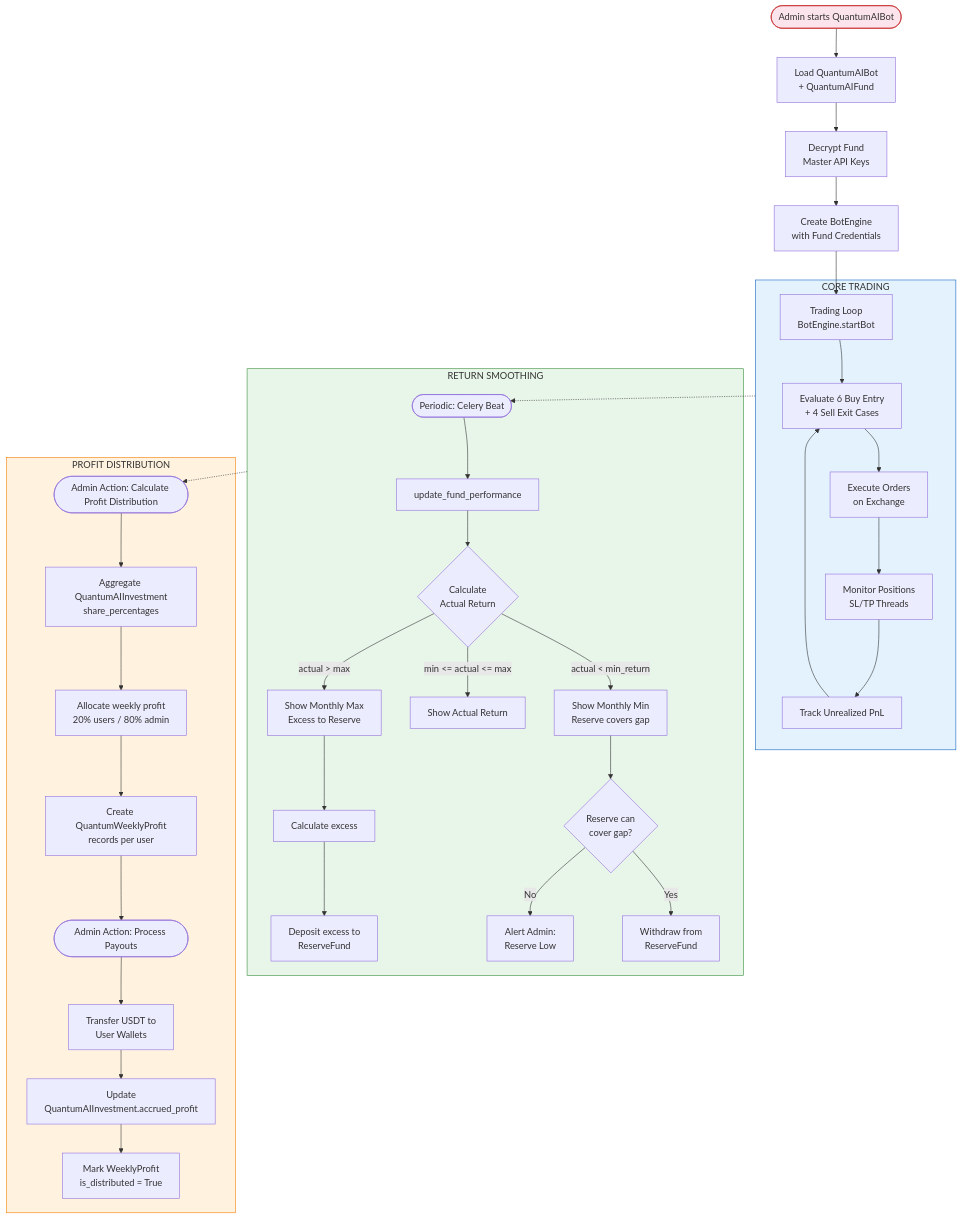
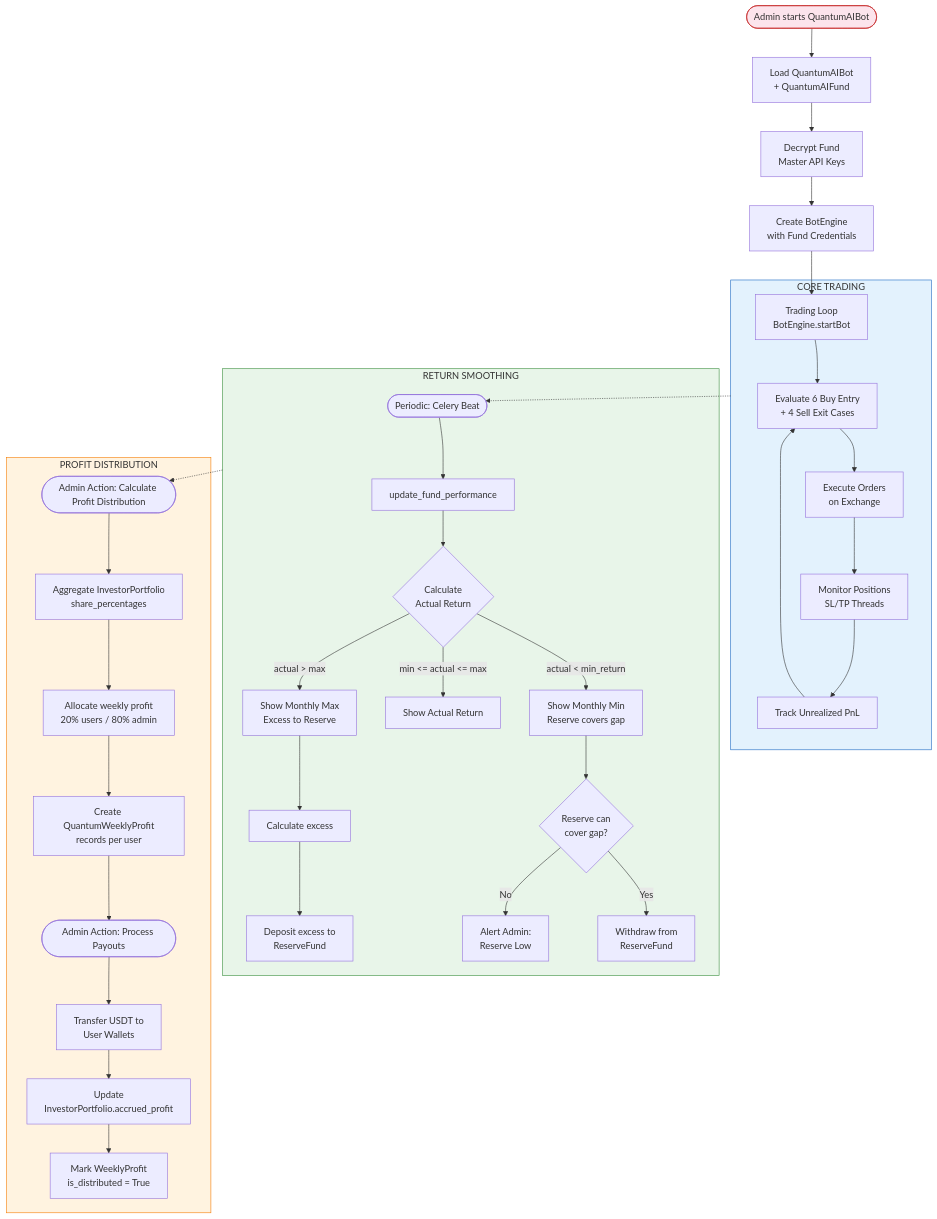
The second of 5 diagrams in docs/diagrams/03_FLOW_CHARTS.md (torgovo/torgovo), drawn with Mermaid before and after one commit. The commit also changed other lines of this file and 177 other files, not shown here.

First line of the commit message:
Add analytics app, persistence hardening, 2FA, users mgmt, CI, and merge knowledge-graph chunks into graphify-out

````diff
--- a/docs/diagrams/03_FLOW_CHARTS.md
+++ b/docs/diagrams/03_FLOW_CHARTS.md
@@ -77,50 +77,50 @@
 ```mermaid
 flowchart TB
     START([Admin starts QuantumAIBot]) --> LOAD_QAI[Load QuantumAIBot<br/>+ QuantumAIFund]
     LOAD_QAI --> DECRYPT[Decrypt Fund<br/>Master API Keys]
     DECRYPT --> CREATE_ENGINE[Create BotEngine<br/>with Fund Credentials]
     CREATE_ENGINE --> TRADE_LOOP[Trading Loop<br/>BotEngine.startBot]
 
     subgraph TRADING[CORE TRADING]
         TRADE_LOOP --> EVAL_CONDITIONS[Evaluate 6 Buy Entry<br/>+ 4 Sell Exit Cases]
         EVAL_CONDITIONS --> PLACE_ORDERS[Execute Orders<br/>on Exchange]
         PLACE_ORDERS --> MONITOR[Monitor Positions<br/>SL/TP Threads]
         MONITOR --> UPDATE_PNL[Track Unrealized PnL]
         UPDATE_PNL --> EVAL_CONDITIONS
     end
 
     subgraph SMOOTHING[RETURN SMOOTHING]
         PERIODIC([Periodic: Celery Beat]) --> UPDATE_FUND[update_fund_performance]
         UPDATE_FUND --> CALC_ACTUAL{Calculate<br/>Actual Return}
         CALC_ACTUAL -->|actual < min_return| SHOW_MIN[Show Monthly Min<br/>Reserve covers gap]
         CALC_ACTUAL -->|min <= actual <= max| SHOW_ACTUAL[Show Actual Return]
         CALC_ACTUAL -->|actual > max| SHOW_MAX[Show Monthly Max<br/>Excess to Reserve]
 
         SHOW_MIN --> CHECK_RESERVE{Reserve can<br/>cover gap?}
         CHECK_RESERVE -->|Yes| DEDUCT[Withdraw from<br/>ReserveFund]
         CHECK_RESERVE -->|No| ADMIN_ALERT[Alert Admin:<br/>Reserve Low]
 
         SHOW_MAX --> EXCESS_CALC[Calculate excess]
         EXCESS_CALC --> DEPOSIT[Deposit excess to<br/>ReserveFund]
     end
 
     subgraph DISTRIBUTION[PROFIT DISTRIBUTION]
         CALC_PROFIT([Admin Action: Calculate Profit Distribution])
-        CALC_PROFIT --> AGGREGATE[Aggregate QuantumAIInvestment<br/>share_percentages]
+        CALC_PROFIT --> AGGREGATE[Aggregate InvestorPortfolio<br/>share_percentages]
         AGGREGATE --> ALLOCATE[Allocate weekly profit<br/>20% users / 80% admin]
         ALLOCATE --> CREATE_WEEKLY[Create QuantumWeeklyProfit<br/>records per user]
         CREATE_WEEKLY --> PAYOUT([Admin Action: Process Payouts])
 
         PAYOUT --> TRANSFER[Transfer USDT to<br/>User Wallets]
-        TRANSFER --> UPDATE_INVESTMENT[Update<br/>QuantumAIInvestment.accrued_profit]
+        TRANSFER --> UPDATE_INVESTMENT[Update<br/>InvestorPortfolio.accrued_profit]
         UPDATE_INVESTMENT --> MARK_DISTRIBUTED[Mark WeeklyProfit<br/>is_distributed = True]
     end
 
     TRADING -.-> PERIODIC
     SMOOTHING -.-> CALC_PROFIT
 
     style START fill:#fce4ec,stroke:#c62828
     style TRADING fill:#e3f2fd,stroke:#1565c0
     style SMOOTHING fill:#e8f5e9,stroke:#388e3c
     style DISTRIBUTION fill:#fff3e0,stroke:#f57c00
 ```
````
